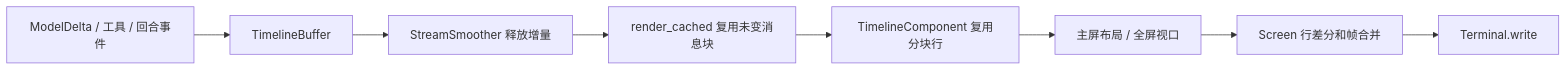
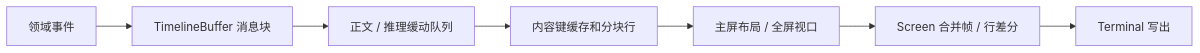
The diagram in docs/modules/03_tui.md (MARKIR123/logox), drawn with Mermaid before and after one commit. The commit also changed other lines of this file and 87 other files, not shown here.

````diff
--- a/docs/modules/03_tui.md
+++ b/docs/modules/03_tui.md
@@ -33,10 +18,9 @@
 ```mermaid
 flowchart LR
-    A[ModelDelta / 工具 / 回合事件] --> B[TimelineBuffer]
-    B --> C[StreamSmoother 释放增量]
-    C --> D[render_cached 复用未变消息块]
-    D --> E[TimelineComponent 复用分块行]
-    E --> F[主屏布局 / 全屏视口]
-    F --> G[Screen 行差分和帧合并]
-    G --> H[Terminal.write]
+    A[领域事件] --> B[TimelineBuffer 消息块]
+    B --> C[正文 / 推理缓动队列]
+    C --> D[内容键缓存和分块行]
+    D --> E[主屏布局 / 全屏视口]
+    E --> F[Screen 合并帧 / 行差分]
+    F --> G[Terminal 写出]
 ```
````
